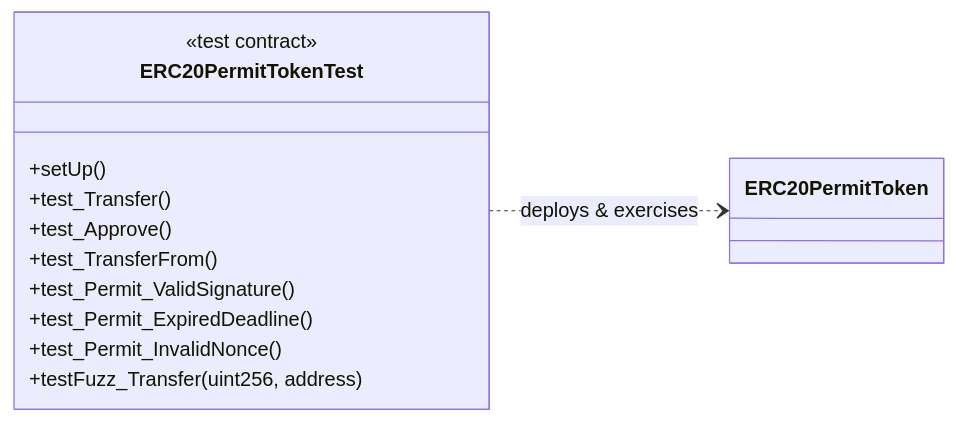
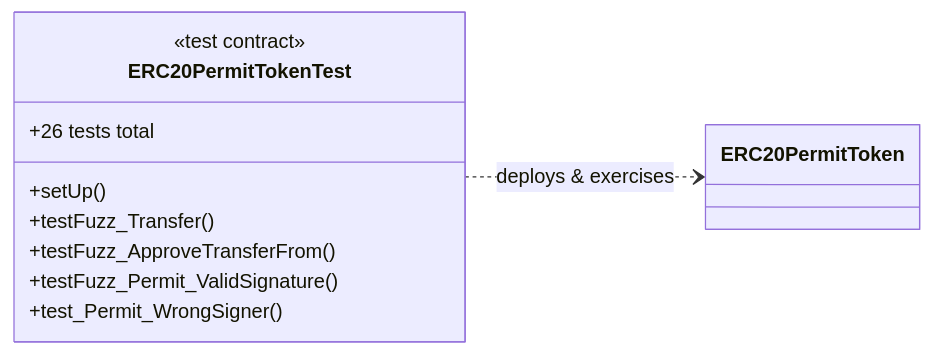
Before and after one commit to rastrahm/erc-20: the second of 2 diagrams in doc/diagrama-de-clases.md, drawn with Mermaid. The commit also changed other lines of this file and 7 other files, not shown here.

````diff
--- a/doc/diagrama-de-clases.md
+++ b/doc/diagrama-de-clases.md
@@ -111,18 +116,16 @@
 ```mermaid
 classDiagram
     direction LR
 
     class ERC20PermitTokenTest {
         <<test contract>>
         +setUp()
-        +test_Transfer()
-        +test_Approve()
-        +test_TransferFrom()
-        +test_Permit_ValidSignature()
-        +test_Permit_ExpiredDeadline()
-        +test_Permit_InvalidNonce()
-        +testFuzz_Transfer(uint256, address)
+        +testFuzz_Transfer()
+        +testFuzz_ApproveTransferFrom()
+        +testFuzz_Permit_ValidSignature()
+        +test_Permit_WrongSigner()
+        +26 tests total
     }
 
     ERC20PermitTokenTest ..> ERC20PermitToken : deploys & exercises
 ```
````
